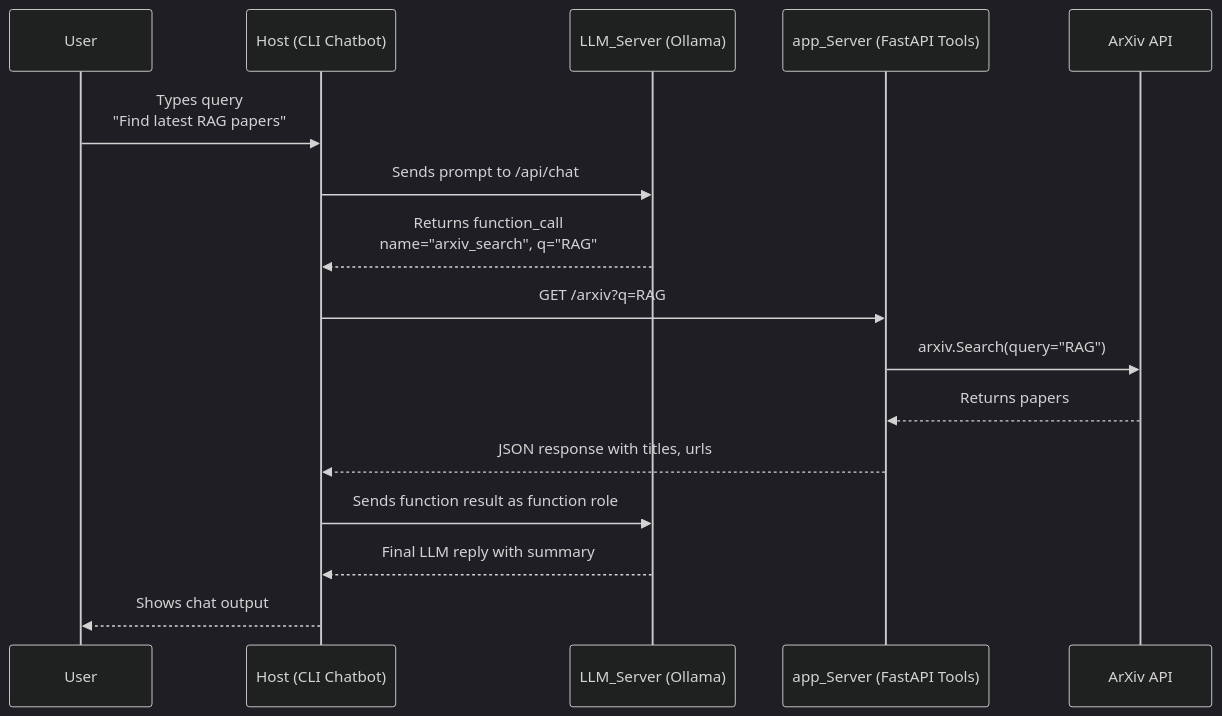
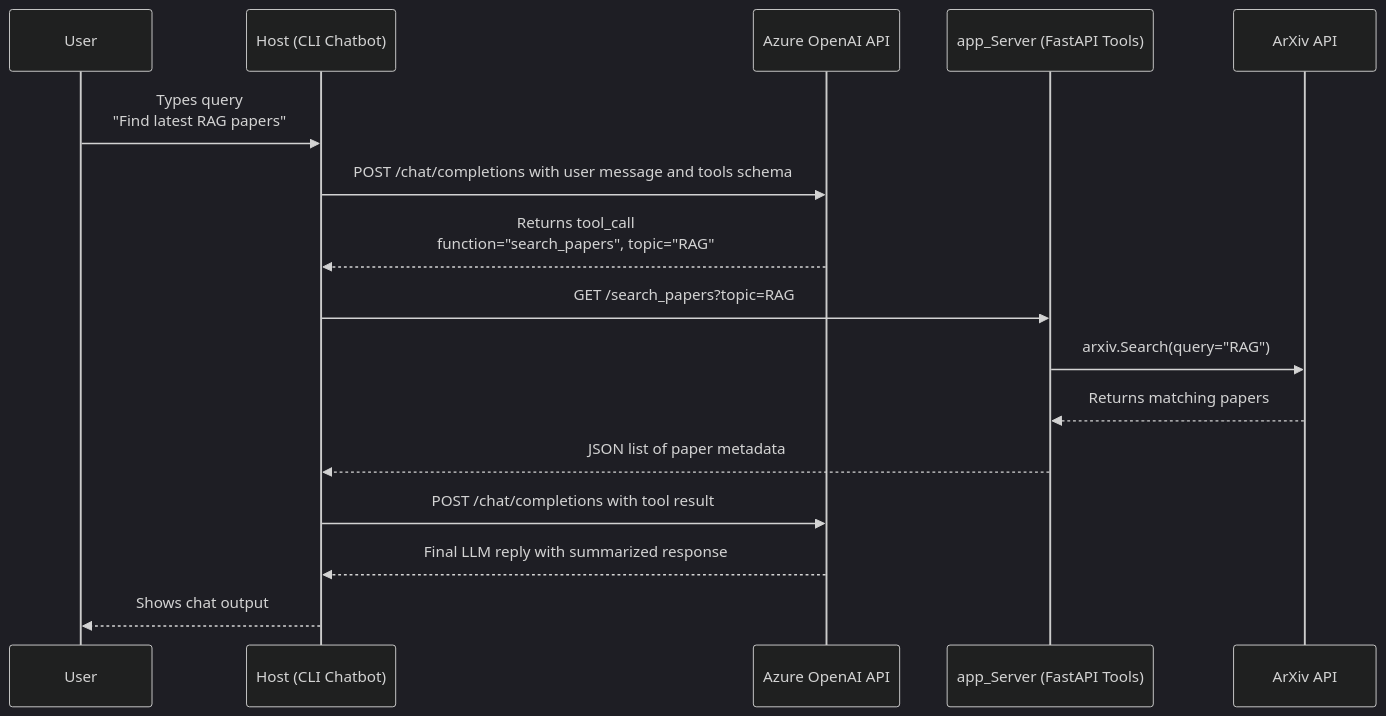
One commit to senthilkumarm1901/mcp_learnings changed the diagram in ollama_function_calling_without_mcp/system_design_diagrams.md. Above: the diagram before and after it, drawn with Mermaid (dark theme).

Commit message:
updated sequence diagram

````diff
--- a/ollama_function_calling_without_mcp/system_design_diagrams.md
+++ b/ollama_function_calling_without_mcp/system_design_diagrams.md
@@ -3,19 +3,19 @@
 ```mermaid
 sequenceDiagram
     participant U as User
     participant Host as Host (CLI Chatbot)
-    participant LS as LLM_Server (Ollama)
+    participant AOAI as Azure OpenAI API
     participant app as app_Server (FastAPI Tools)
     participant Arxiv as ArXiv API
 
     U->>Host: Types query<br/>"Find latest RAG papers"
-    Host->>LS: Sends prompt to /api/chat
-    LS-->>Host: Returns function_call<br/>name="arxiv_search", q="RAG"
-    Host->>app: GET /arxiv?q=RAG
+    Host->>AOAI: POST /chat/completions with user message and tools schema
+    AOAI-->>Host: Returns tool_call<br/>function="search_papers", topic="RAG"
+    Host->>app: GET /search_papers?topic=RAG
     app->>Arxiv: arxiv.Search(query="RAG")
-    Arxiv-->>app: Returns papers
-    app-->>Host: JSON response with titles, urls
-    Host->>LS: Sends function result as function role
-    LS-->>Host: Final LLM reply with summary
+    Arxiv-->>app: Returns matching papers
+    app-->>Host: JSON list of paper metadata
+    Host->>AOAI: POST /chat/completions with tool result
+    AOAI-->>Host: Final LLM reply with summarized response
     Host-->>U: Shows chat output
 ```
````
